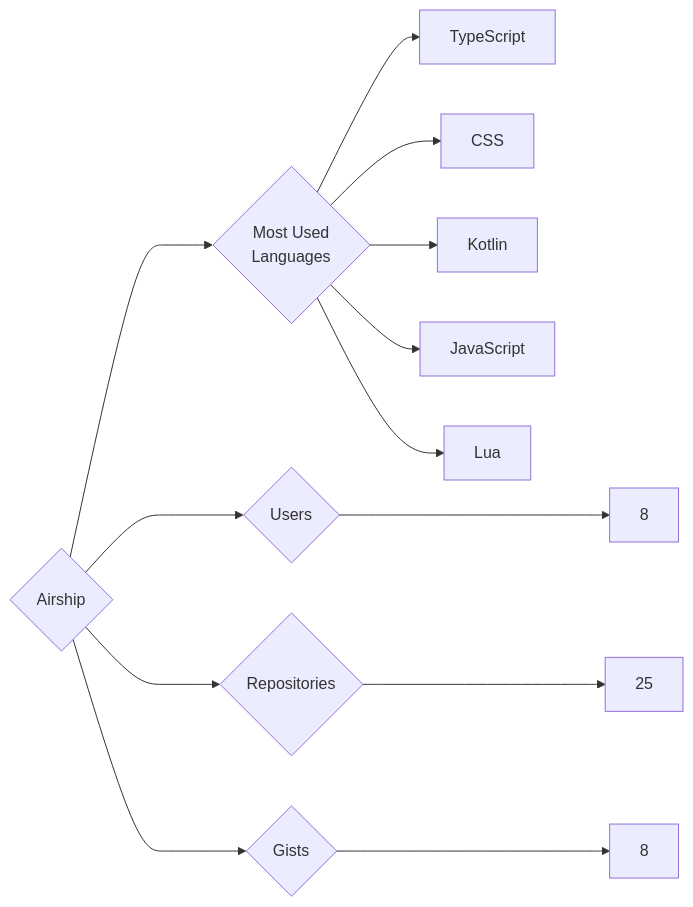
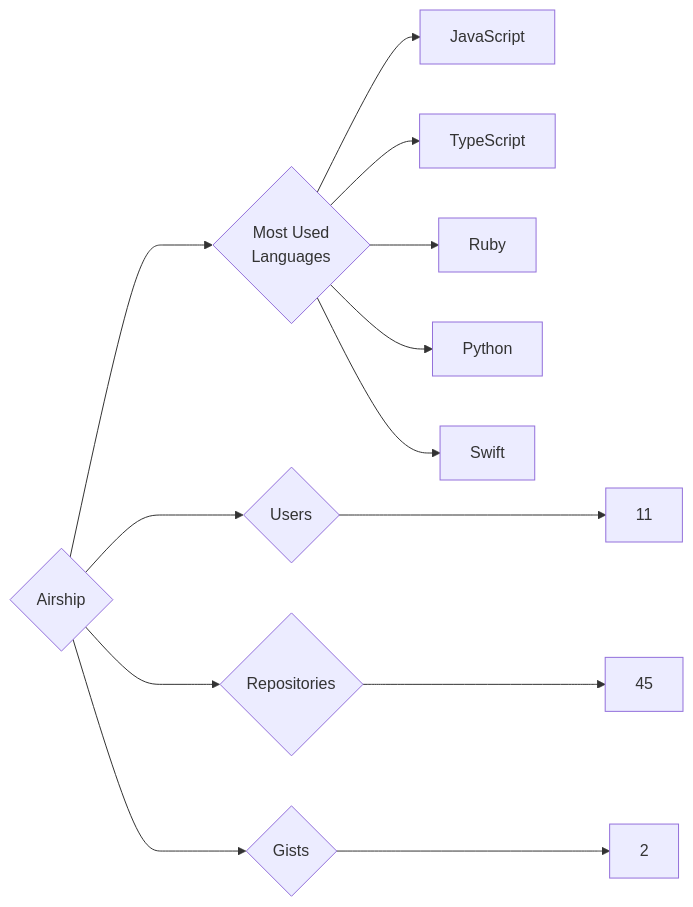
Before and after one commit to trickest/insiders: the diagram in targets/Airship/README.md, drawn with Mermaid. The commit also changed 752 other files, not shown here.

````diff
--- a/targets/Airship/README.md
+++ b/targets/Airship/README.md
@@ -3,13 +3,13 @@
 ```mermaid
 graph LR
 COMPANY_NAME{Airship}
-COMPANY_NAME ---> U{Users} ---> UN[8]
-COMPANY_NAME ---> R{Repositories} ---> RN[25]
-COMPANY_NAME ---> G{Gists} ---> GN[8]
+COMPANY_NAME ---> U{Users} ---> UN[11]
+COMPANY_NAME ---> R{Repositories} ---> RN[45]
+COMPANY_NAME ---> G{Gists} ---> GN[2]
 COMPANY_NAME ---> ML{Most Used<br>Languages}
+ML --> JavaScript[JavaScript]
 ML --> TypeScript[TypeScript]
-ML --> CSS[CSS]
-ML --> Kotlin[Kotlin]
-ML --> JavaScript[JavaScript]
-ML --> Lua[Lua]
+ML --> Ruby[Ruby]
+ML --> Python[Python]
+ML --> Swift[Swift]
 ```
````
